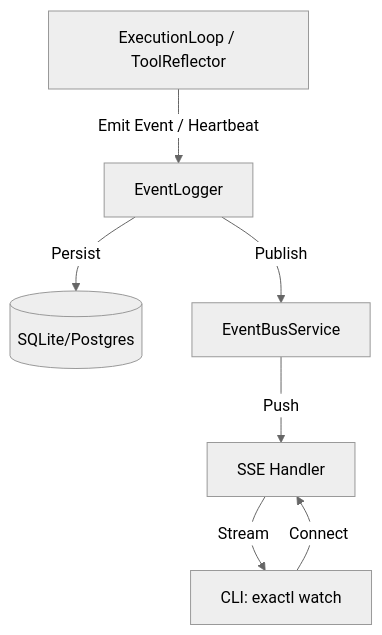
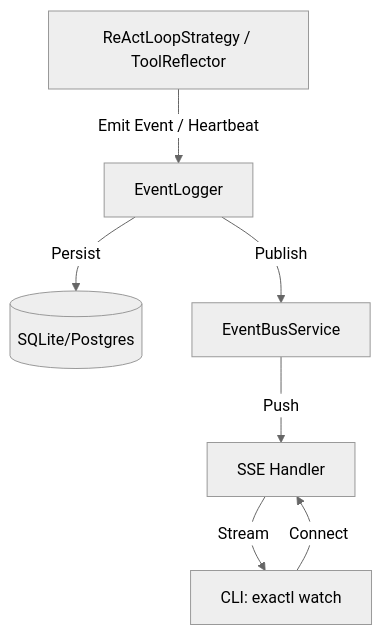
One commit to dostark/exaix changed the diagram in .copilot/planning/phase-67-live-execution-streaming.md. Above: the diagram before and after it, drawn with Mermaid (neutral theme). The commit also changed other lines of this file and 1 other file, not shown here.

````diff
--- a/.copilot/planning/phase-67-live-execution-streaming.md
+++ b/.copilot/planning/phase-67-live-execution-streaming.md
@@ -79,9 +86,9 @@
 ```mermaid
 flowchart TD
-    A[ExecutionLoop / ToolReflector] -->|Emit Event / Heartbeat| B[EventLogger]
+    A[ReActLoopStrategy / ToolReflector] -->|Emit Event / Heartbeat| B[EventLogger]
     B -->|Persist| C[(SQLite/Postgres)]
     B -->|Publish| D[EventBusService]
     D -->|Push| E[SSE Handler]
     F[CLI: exactl watch] -->|Connect| E
     E -->|Stream| F
 ```
````
